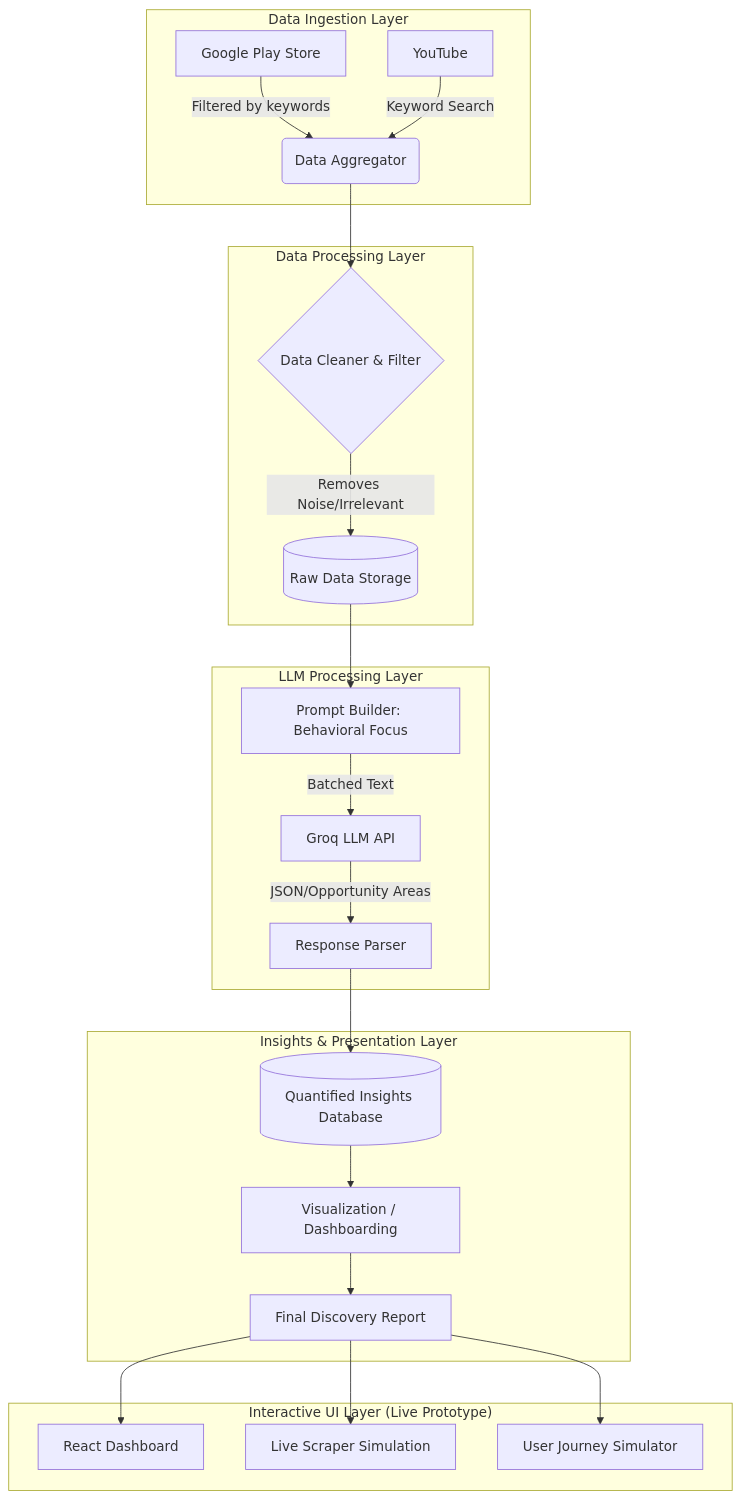
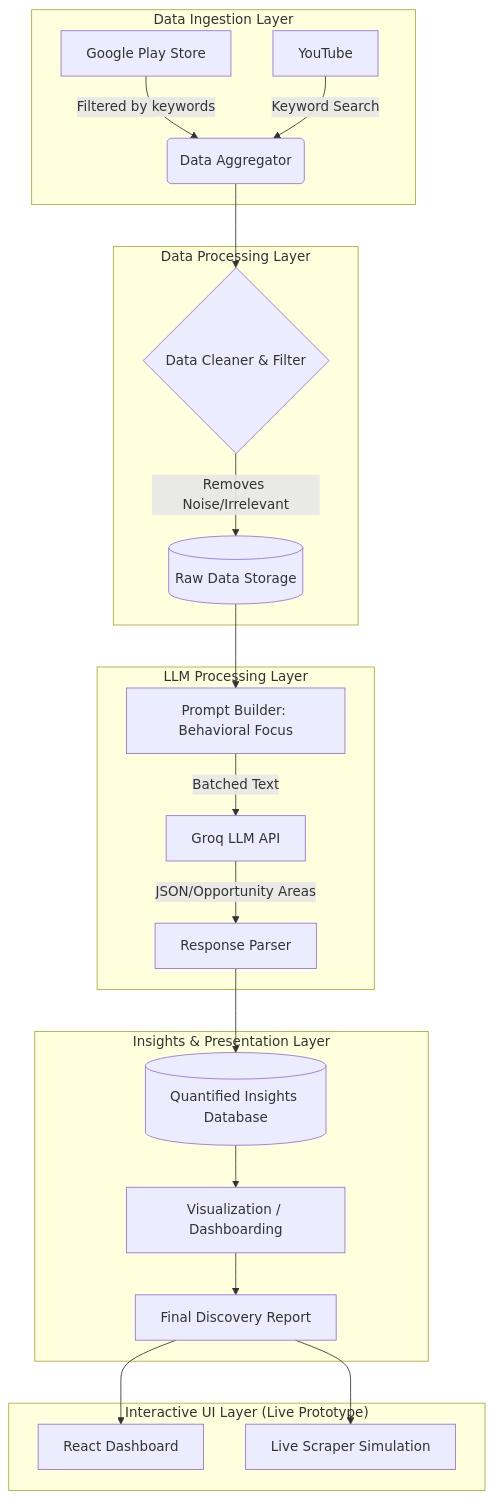
One commit to parassaini05/Grad-Project changed the diagram in docs/architecture.md. Above: the diagram before and after it, drawn with Mermaid. The commit also changed other lines of this file and 1 other file, not shown here.

Commit message:
Remove User Journey Simulator and update deployment docs

````diff
--- a/docs/architecture.md
+++ b/docs/architecture.md
@@ -7,30 +7,29 @@
 ```mermaid
 graph TD
     subgraph "Data Ingestion Layer"
         A[Google Play Store] --> |Filtered by keywords| C(Data Aggregator)
         B[YouTube] --> |Keyword Search| C(Data Aggregator)
     end
 
     subgraph "Data Processing Layer"
         C --> D{Data Cleaner & Filter}
         D --> |Removes Noise/Irrelevant| E[(Raw Data Storage)]
     end
 
     subgraph "LLM Processing Layer"
         E --> F[Prompt Builder: Behavioral Focus]
         F --> |Batched Text| G[Groq LLM API]
         G --> |JSON/Opportunity Areas| H[Response Parser]
     end
 
     subgraph "Insights & Presentation Layer"
         H --> I[(Quantified Insights Database)]
         I --> J[Visualization / Dashboarding]
         J --> K[Final Discovery Report]
     end
 
     subgraph "Interactive UI Layer (Live Prototype)"
         K --> L[React Dashboard]
         K --> M[Live Scraper Simulation]
-        K --> N[User Journey Simulator]
     end
 ```
````
